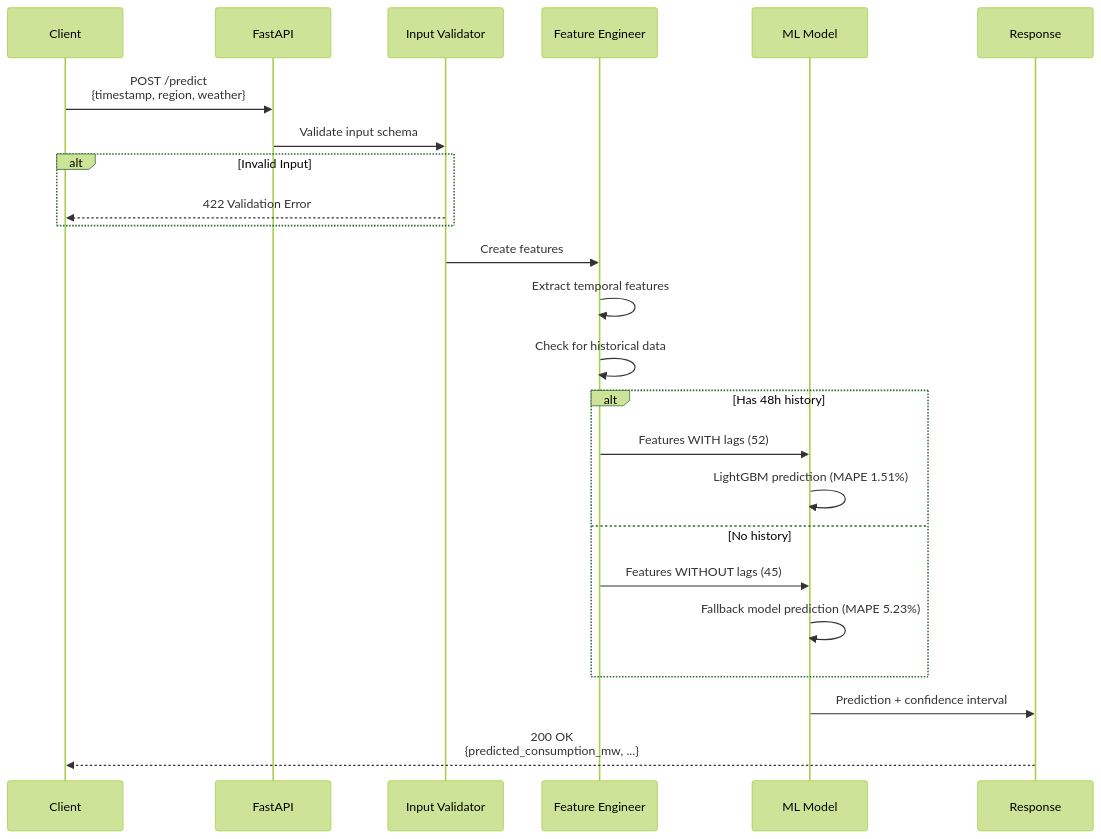
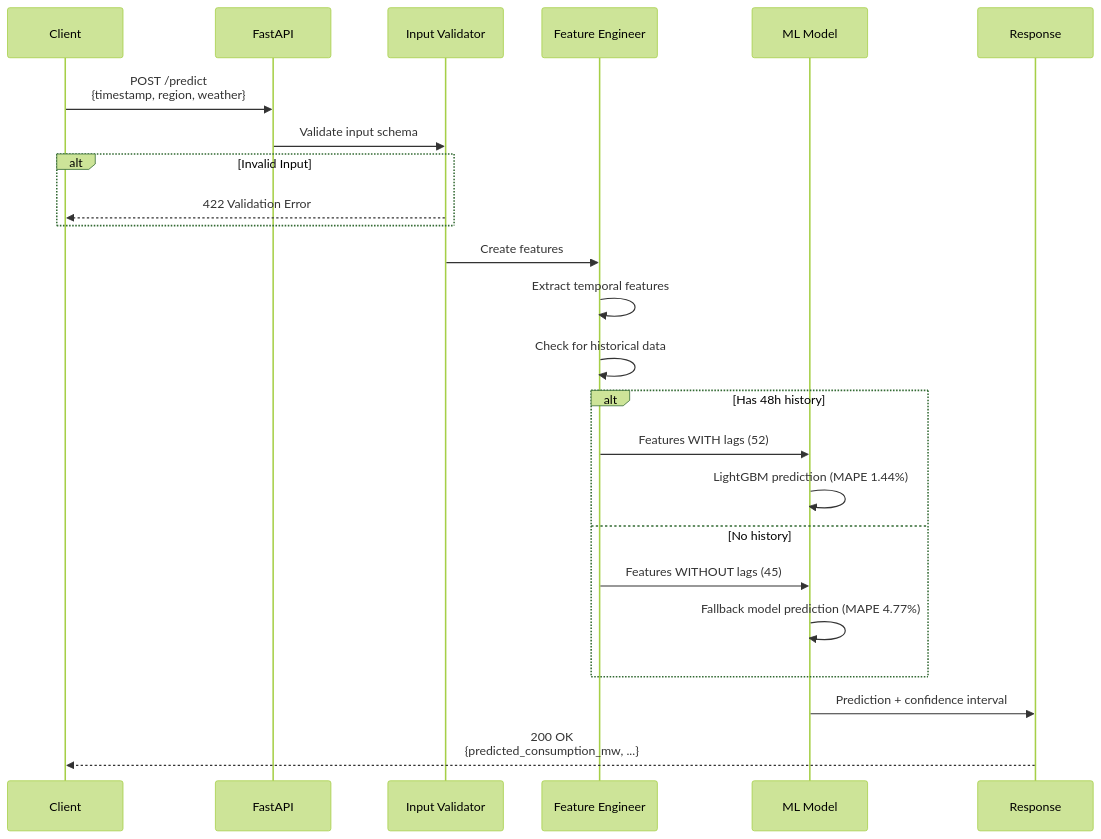
Before and after one commit to Pedrom2002/energy-forecast-pt: the third of 5 diagrams in docs/ARCHITECTURE.md, drawn with Mermaid (forest theme). The commit also changed other lines of this file and 10 other files, not shown here.

````diff
--- a/docs/ARCHITECTURE.md
+++ b/docs/ARCHITECTURE.md
@@ -81,31 +81,31 @@
 ```mermaid
 sequenceDiagram
     participant Client
     participant API as FastAPI
     participant Val as Input Validator
     participant FE as Feature Engineer
     participant Model as ML Model
     participant Response
 
     Client->>API: POST /predict<br/>{timestamp, region, weather}
     API->>Val: Validate input schema
 
     alt Invalid Input
         Val-->>Client: 422 Validation Error
     end
 
     Val->>FE: Create features
     FE->>FE: Extract temporal features
     FE->>FE: Check for historical data
 
     alt Has 48h history
         FE->>Model: Features WITH lags (52)
-        Model->>Model: LightGBM prediction (MAPE 1.51%)
+        Model->>Model: LightGBM prediction (MAPE 1.44%)
     else No history
         FE->>Model: Features WITHOUT lags (45)
-        Model->>Model: Fallback model prediction (MAPE 5.23%)
+        Model->>Model: Fallback model prediction (MAPE 4.77%)
     end
 
     Model->>Response: Prediction + confidence interval
     Response-->>Client: 200 OK<br/>{predicted_consumption_mw, ...}
 ```
````
